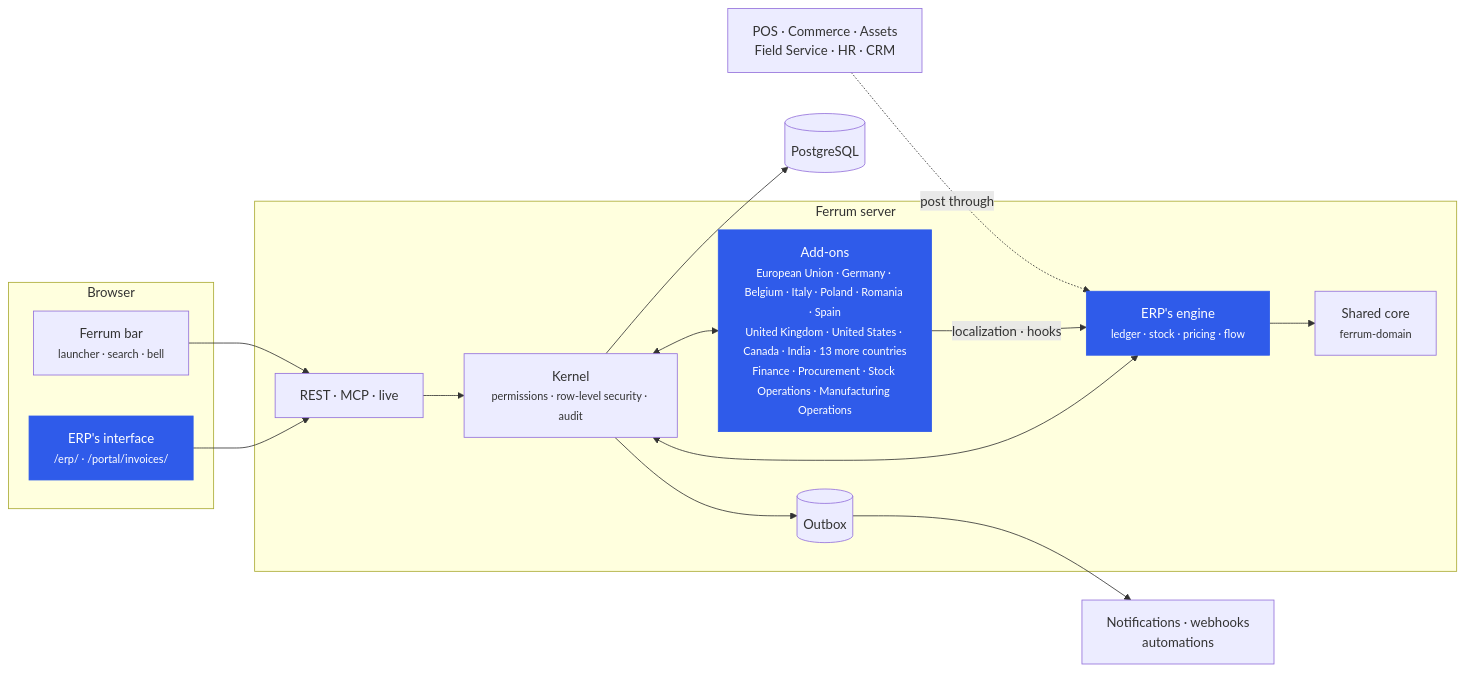
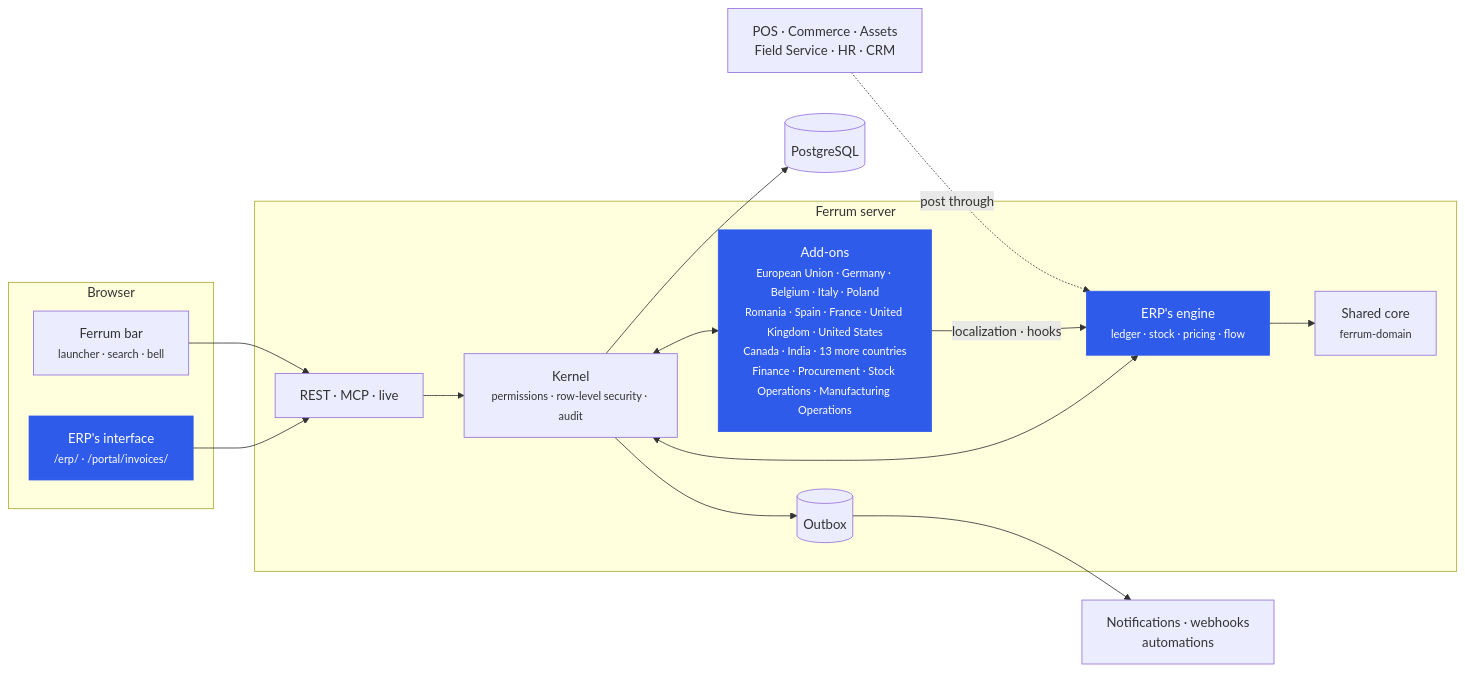
Before and after one commit to CBFerrum/ferrum-app-erp: the second of 3 diagrams in README.md, drawn with Mermaid. The commit also changed other lines of this file, not shown here.

Commit message:
README: France (the plateforme agréée, e-reporting, the invoice's mentions) in ferrum-eu-members, and the EU 0.1.5

````diff
--- a/README.md
+++ b/README.md
@@ -180,26 +182,26 @@
 ```mermaid
 flowchart LR
     subgraph Browser
         UI["ERP's interface<br/><small>/erp/ · /portal/invoices/</small>"]
         BAR["Ferrum bar<br/><small>launcher · search · bell</small>"]
     end
     subgraph Server["Ferrum server"]
         API["REST · MCP · live"]
         K["Kernel<br/><small>permissions · row-level security · audit</small>"]
         ENG["ERP's engine<br/><small>ledger · stock · pricing · flow</small>"]
-        ADD["Add-ons<br/><small>European Union · Germany · Belgium · Italy · Poland · Romania · Spain<br/>United Kingdom · United States · Canada · India · 13 more countries<br/>Finance · Procurement · Stock Operations · Manufacturing Operations</small>"]
+        ADD["Add-ons<br/><small>European Union · Germany · Belgium · Italy · Poland<br/>Romania · Spain · France · United Kingdom · United States<br/>Canada · India · 13 more countries<br/>Finance · Procurement · Stock Operations · Manufacturing Operations</small>"]
         CORE["Shared core<br/><small>ferrum-domain</small>"]
         OB[("Outbox")]
     end
     DB[("PostgreSQL")]
     UI --> API --> K --> DB
     BAR --> API
     K <--> ENG
     K <--> ADD
     ADD -->|localization · hooks| ENG
     ENG --> CORE
     K --> OB --> EV["Notifications · webhooks<br/>automations"]
     APPS["POS · Commerce · Assets<br/>Field Service · HR · CRM"] -. post through .-> ENG
     classDef erp fill:#2f5bea,color:#fff,stroke:#2f5bea
     class UI,ENG,ADD erp
 ```
````
